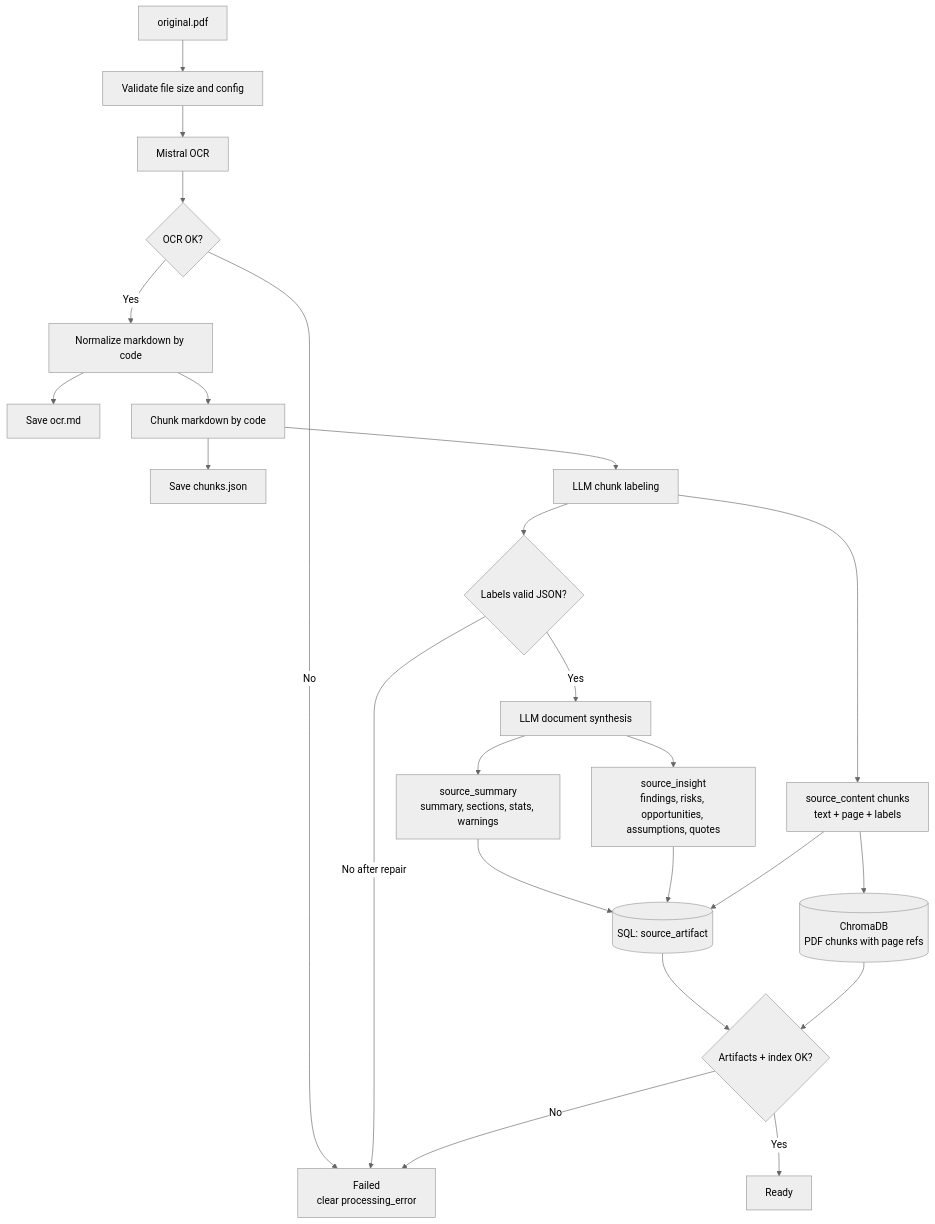
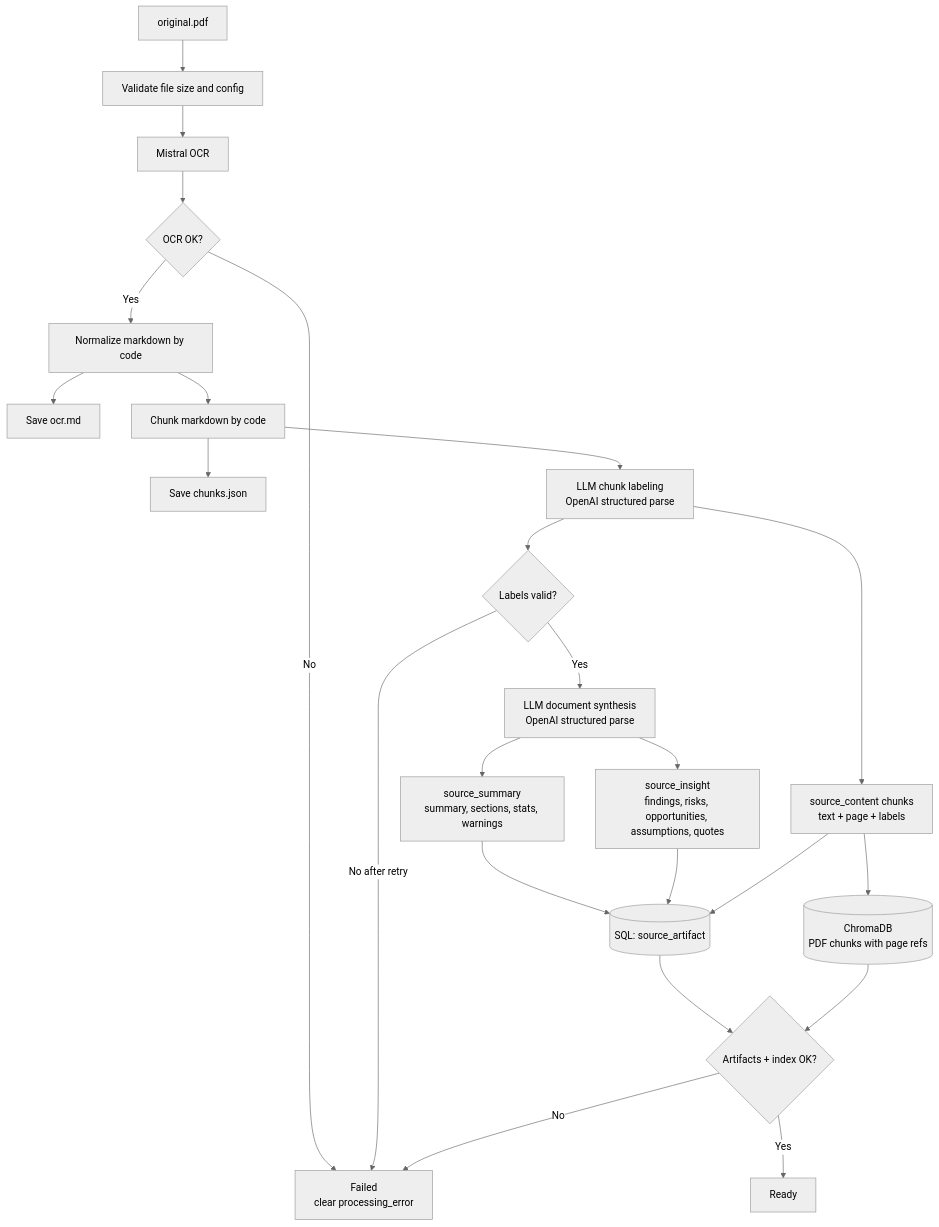
One commit to kodvel/final-project changed the third of 9 diagrams in docs/architecture.md. Above: the diagram before and after it, drawn with Mermaid (neutral theme). The commit also changed other lines of this file and 19 other files, not shown here.

````diff
--- a/docs/architecture.md
+++ b/docs/architecture.md
@@ -109,26 +109,26 @@
 ```mermaid
 flowchart TD
   A[original.pdf] --> B[Validate file size and config]
   B --> C[Mistral OCR]
   C --> D{OCR OK?}
   D -->|No| E[Failed<br/>clear processing_error]
   D -->|Yes| F[Normalize markdown by code]
   F --> G[Save ocr.md]
   F --> H[Chunk markdown by code]
   H --> I[Save chunks.json]
-  H --> J[LLM chunk labeling]
-  J --> K{Labels valid JSON?}
-  K -->|No after repair| E
-  K -->|Yes| L[LLM document synthesis]
+  H --> J[LLM chunk labeling<br/>OpenAI structured parse]
+  J --> K{Labels valid?}
+  K -->|No after retry| E
+  K -->|Yes| L[LLM document synthesis<br/>OpenAI structured parse]
   L --> M[source_summary<br/>summary, sections, stats, warnings]
   L --> N[source_insight<br/>findings, risks, opportunities, assumptions, quotes]
   J --> O[source_content chunks<br/>text + page + labels]
   M --> P[(SQL: source_artifact)]
   N --> P
   O --> P
   O --> Q[(ChromaDB<br/>PDF chunks with page refs)]
   P --> R{Artifacts + index OK?}
   Q --> R
   R -->|Yes| S[Ready]
   R -->|No| E
 ```
````
